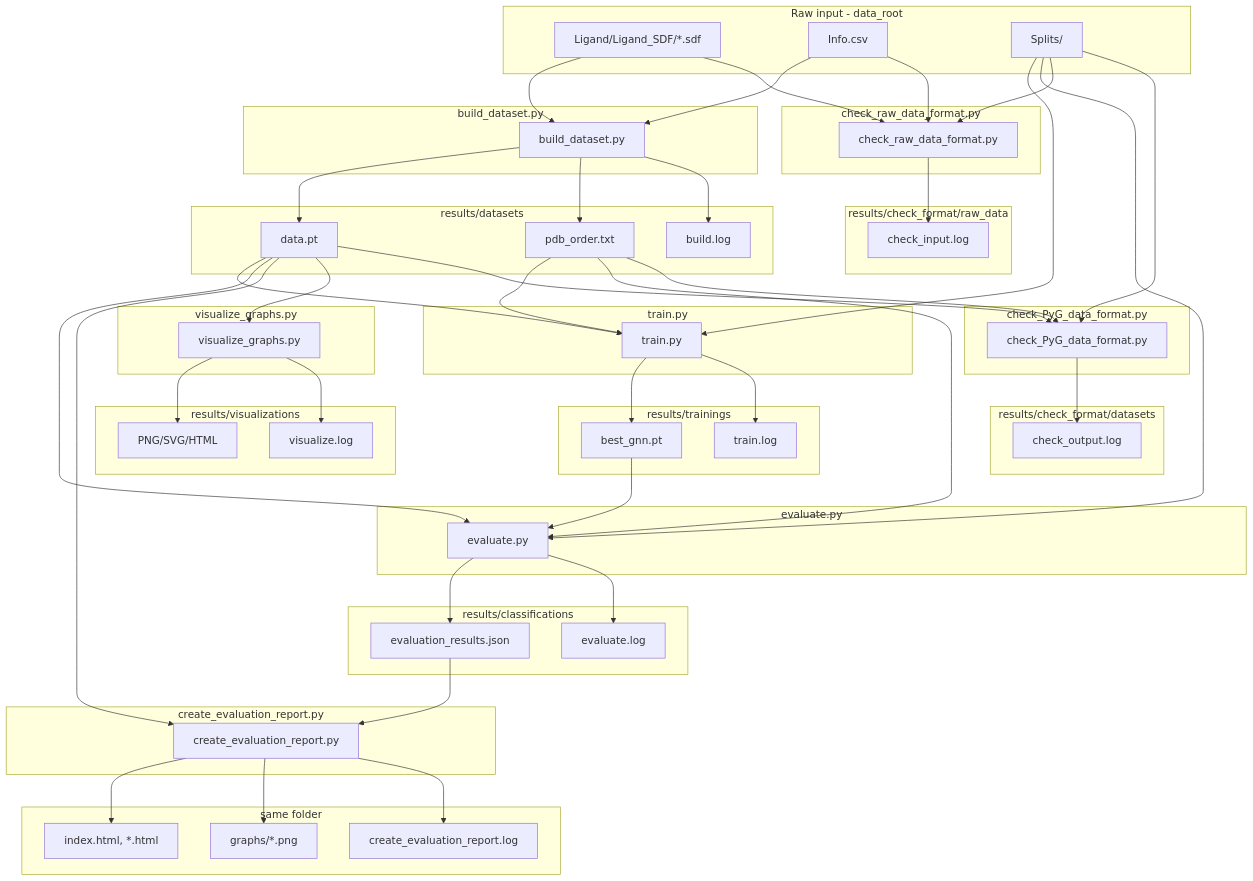
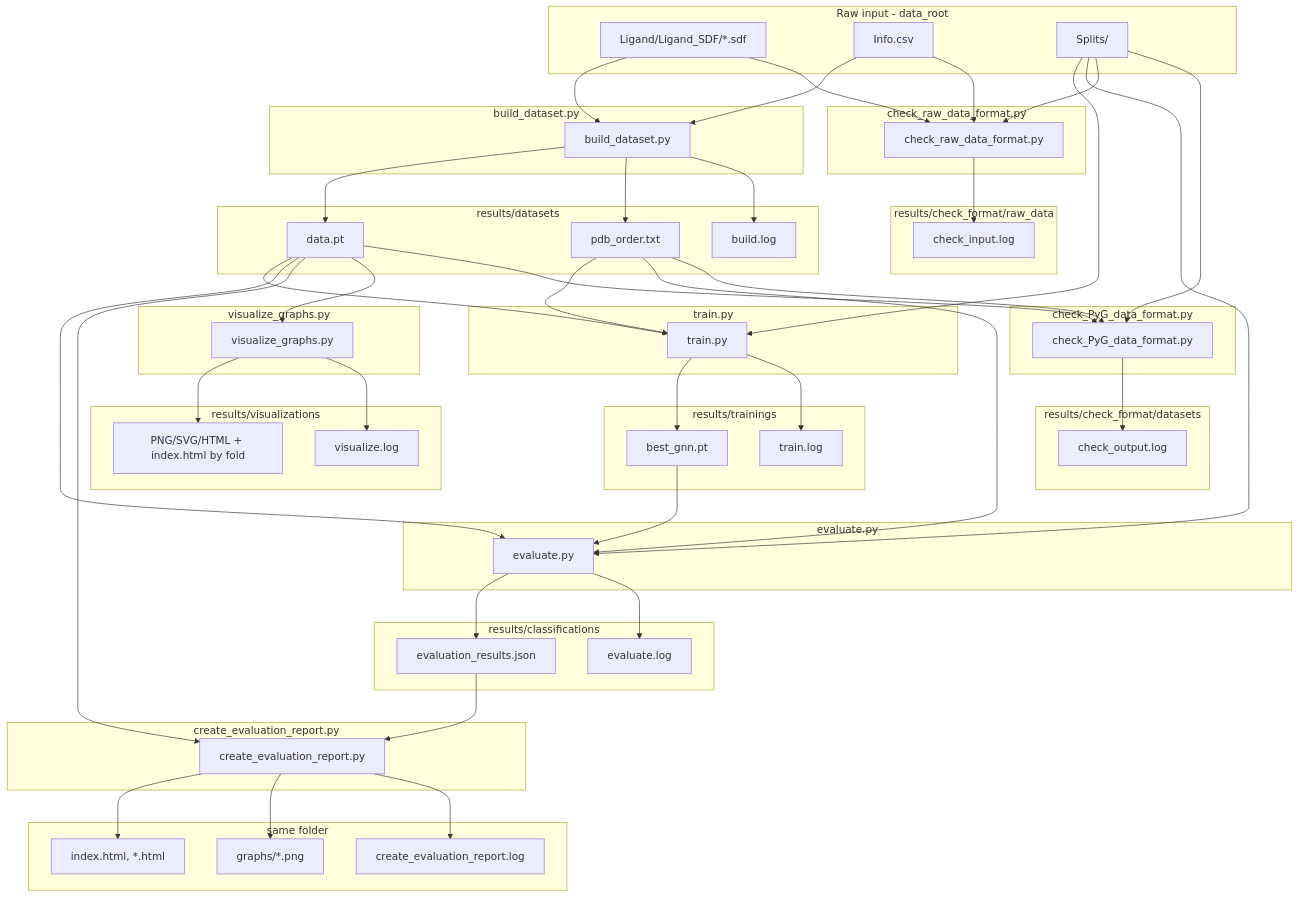
Before and after one commit to mananoreboton/mrpov3_gine_explainers: the first of 2 diagrams in mprov3_gine/README.md, drawn with Mermaid. The commit also changed other lines of this file and 7 other files, not shown here.

First line of the commit message:
Update visualization script and documentation for improved graph handling

```diff
--- a/mprov3_gine/README.md
+++ b/mprov3_gine/README.md
@@ -63,7 +63,7 @@
     end
 
     subgraph out_viz [results/visualizations]
-        VizPNG[PNG/SVG/HTML]
+        VizPNG[PNG/SVG/HTML + index.html by fold]
         VizLog[visualize.log]
     end
 
```
